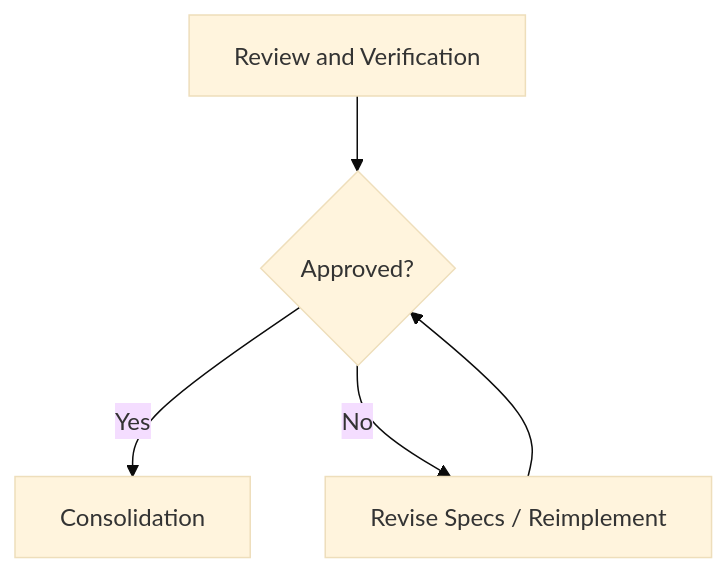
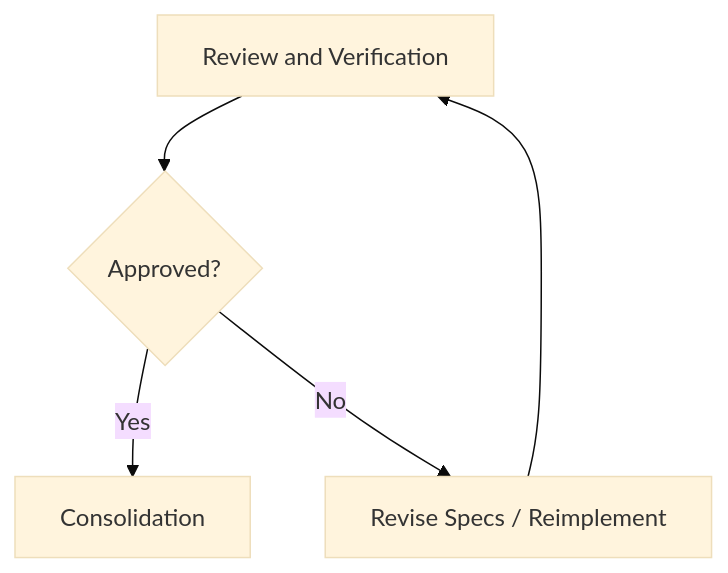
Before and after one commit to mtov/AgileSpec: the eighth of 11 diagrams in README.md, drawn with Mermaid (base theme). The commit also changed other lines of this file, not shown here.

````diff
--- a/README.md
+++ b/README.md
@@ -360,7 +360,7 @@
 ```mermaid
 flowchart TD
     A["Review and Verification"] --> B{"Approved?"}
     B -->|Yes| C["Consolidation"]
     B -->|No| D["Revise Specs / Reimplement"]
-    D --> B
+    D --> A
 ```
````
